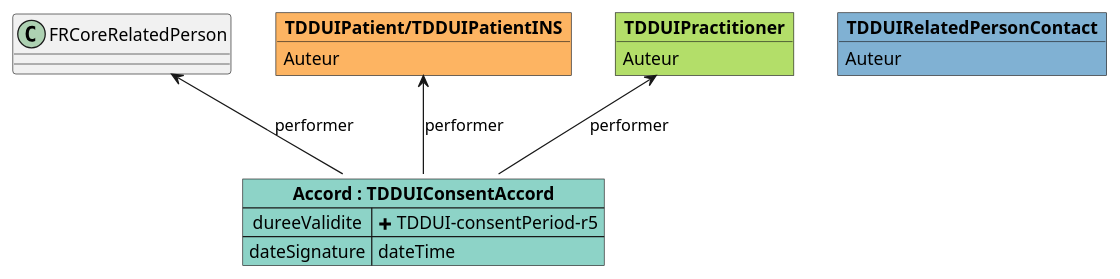
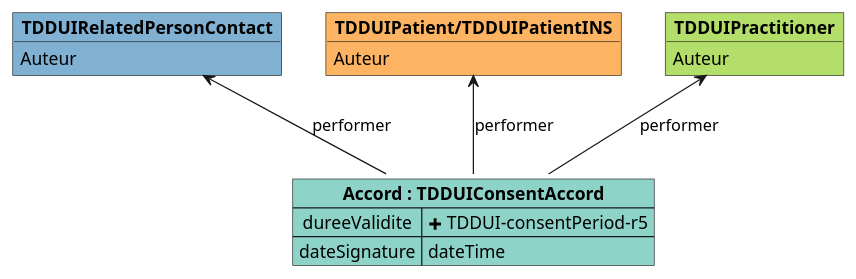
Before and after one commit to ansforge/IG-fhir-medicosocial-transfert-donnees-dui: the diagram in input/images-source/mapping_TDDUIConsentAccord.plantuml, drawn with PlantUML. The commit also changed 6 other files, not shown here.

```diff
--- a/input/images-source/mapping_TDDUIConsentAccord.plantuml
+++ b/input/images-source/mapping_TDDUIConsentAccord.plantuml
@@ -1,24 +1,24 @@
 @startuml
 
 object "**TDDUIPractitioner**" as TDDUIPractitioner #b3de69 {
     Auteur
 }
 
 object "**TDDUIPatient/TDDUIPatientINS**" as TDDUIPatient_subject #fdb462 {
     Auteur
 }
 
 object "**TDDUIRelatedPersonContact**" as TDDUIRelatedPersonContact #80b1d3 {
     Auteur
 }
 
 map "**Accord : TDDUIConsentAccord**" as Accord #8dd3c7 {
     dureeValidite => <&plus> TDDUI-consentPeriod-r5
     dateSignature => dateTime
 }
 
 Accord -u-> TDDUIPractitioner : performer
 Accord -u-> TDDUIPatient_subject : performer
-Accord -u-> FRCoreRelatedPerson : performer
+Accord -u-> TDDUIRelatedPersonContact : performer
 
 @enduml
```
